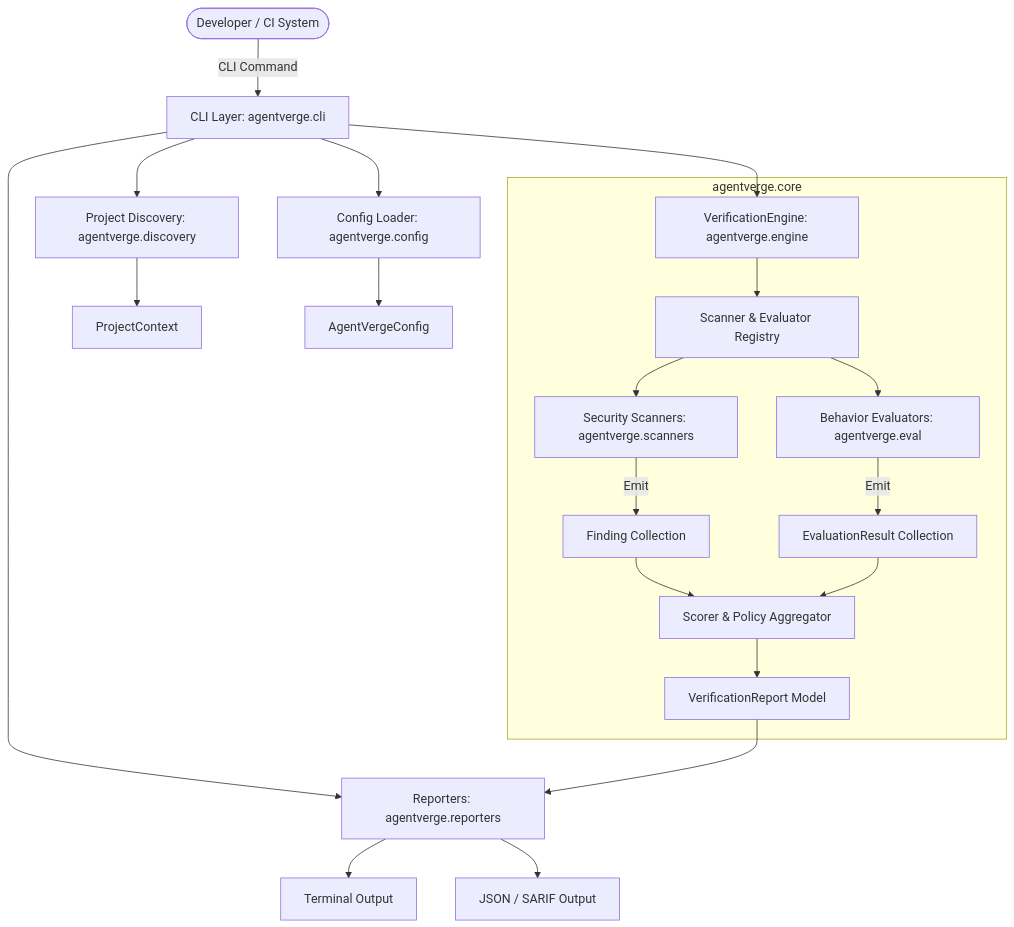
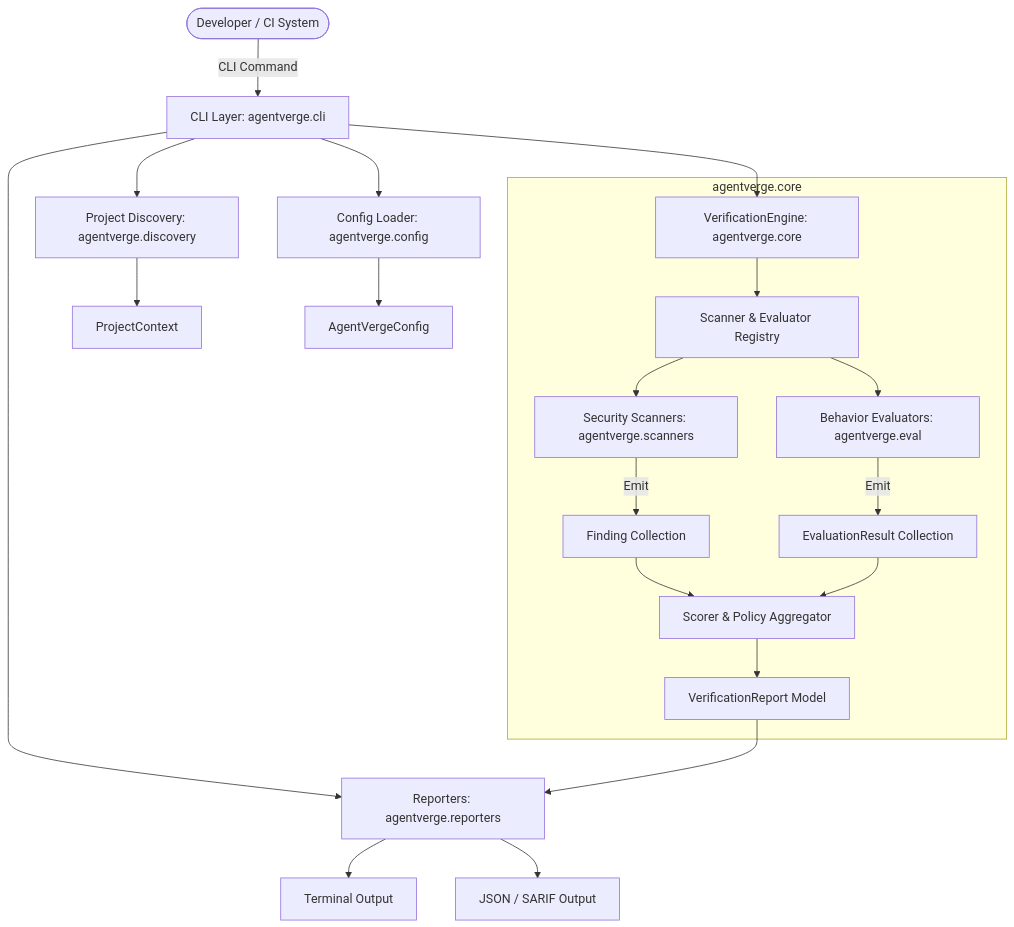
Before and after one commit to MBasaran4/agentverge: the diagram in docs/ARCHITECTURE.md, drawn with Mermaid. The commit also changed other lines of this file and 5 other files, not shown here.

````diff
--- a/docs/ARCHITECTURE.md
+++ b/docs/ARCHITECTURE.md
@@ -10,29 +10,29 @@
 ```mermaid
 graph TD
     User([Developer / CI System]) -->|CLI Command| CLI[CLI Layer: agentverge.cli]
     CLI --> Config[Config Loader: agentverge.config]
     CLI --> Discovery[Project Discovery: agentverge.discovery]
     
     Discovery --> Context[ProjectContext]
     Config --> ConfigModel[AgentVergeConfig]
     
-    CLI --> Engine[VerificationEngine: agentverge.engine]
+    CLI --> Engine[VerificationEngine: agentverge.core]
     
     subgraph Core Engine [agentverge.core]
         Engine --> Registry[Scanner & Evaluator Registry]
         Registry --> Scanners[Security Scanners: agentverge.scanners]
         Registry --> Evaluators[Behavior Evaluators: agentverge.eval]
         
         Scanners -->|Emit| Findings[Finding Collection]
         Evaluators -->|Emit| EvalResults[EvaluationResult Collection]
         
         Findings --> Aggregator[Scorer & Policy Aggregator]
         EvalResults --> Aggregator
         Aggregator --> VerificationReport[VerificationReport Model]
     end
     
     CLI --> Reporters[Reporters: agentverge.reporters]
     VerificationReport --> Reporters
     Reporters --> TermOut[Terminal Output]
     Reporters --> JSONOut[JSON / SARIF Output]
 ```
````
